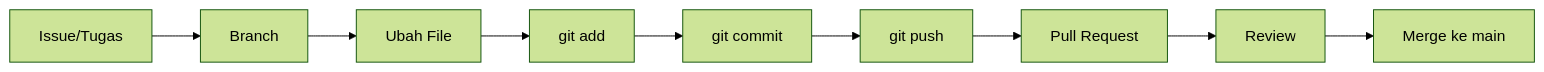
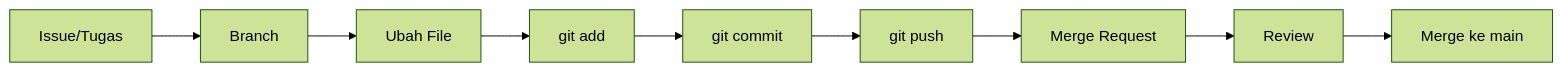
One commit to RayWP/training-uajy changed the second of 11 diagrams in Part 1/book.md. Above: the diagram before and after it, drawn with Mermaid (forest theme). The commit also changed other lines of this file and 5 other files, not shown here.

````diff
--- a/Part 1/book.md
+++ b/Part 1/book.md
@@ -238,11 +250,11 @@
 ```mermaid
 flowchart LR
   I[Issue/Tugas] --> B[Branch]
   B --> W[Ubah File]
   W --> A[git add]
   A --> C[git commit]
   C --> P[git push]
-  P --> PR[Pull Request]
-  PR --> R[Review]
+  P --> MR[Merge Request]
+  MR --> R[Review]
   R --> M[Merge ke main]
 ```
````
